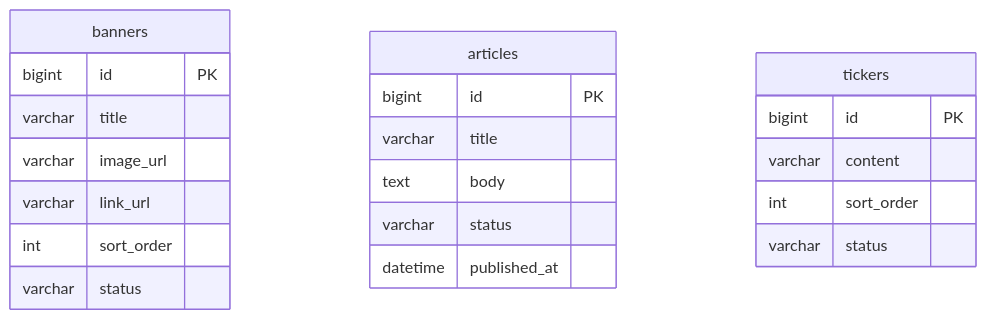
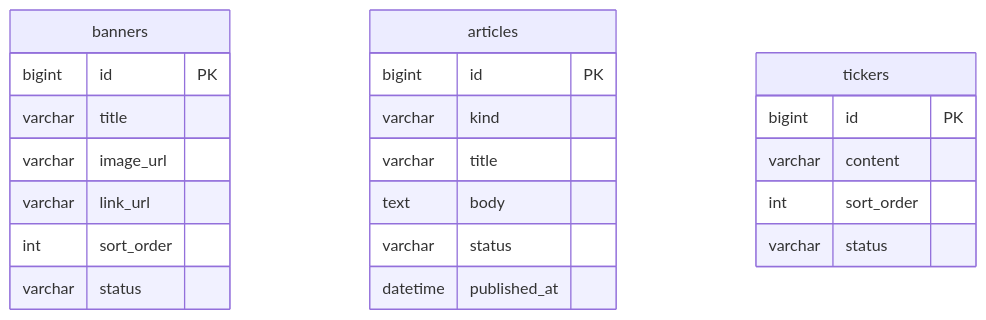
The diagram in docs/er/05-cms.mmd (songyunhmiLY/aurel-mall-api), drawn with Mermaid before and after one commit. The commit also changed 14 other files, not shown here.

```diff
--- a/docs/er/05-cms.mmd
+++ b/docs/er/05-cms.mmd
@@ -1,22 +1,23 @@
 erDiagram
   banners {
     bigint id PK
     varchar title
     varchar image_url
     varchar link_url
     int sort_order
     varchar status
   }
   articles {
     bigint id PK
+    varchar kind
     varchar title
     text body
     varchar status
     datetime published_at
   }
   tickers {
     bigint id PK
     varchar content
     int sort_order
     varchar status
   }
```
